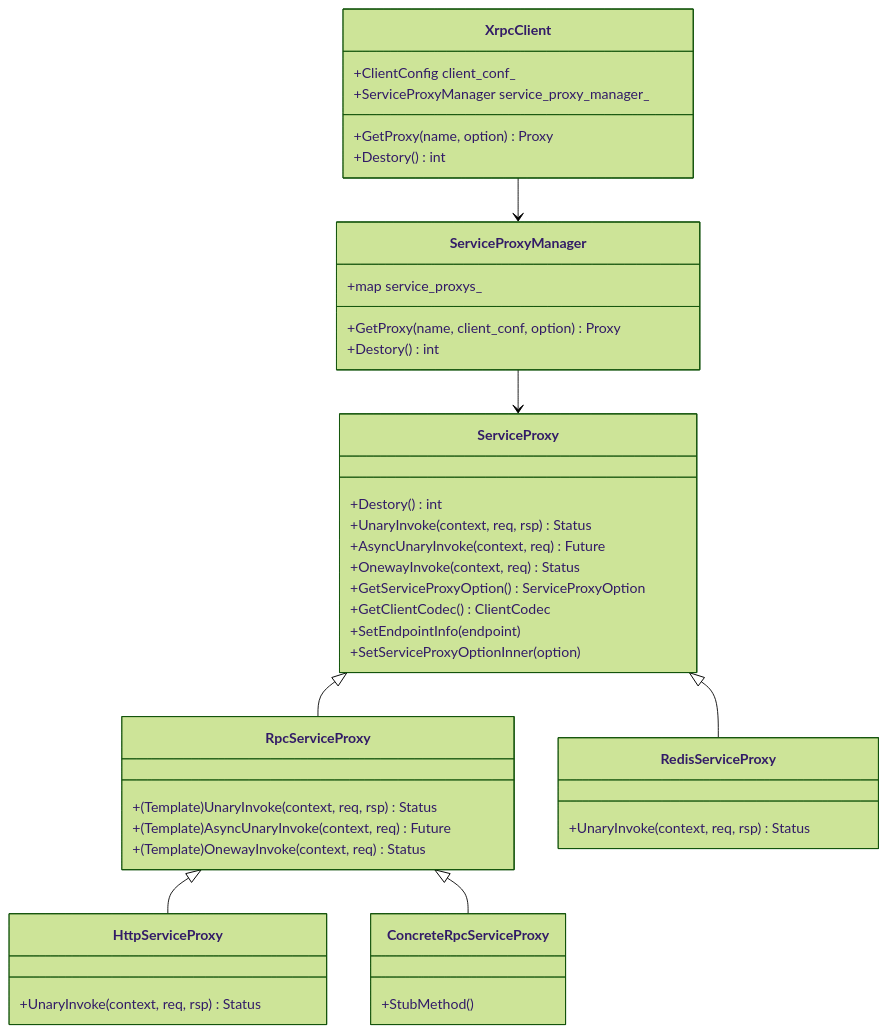
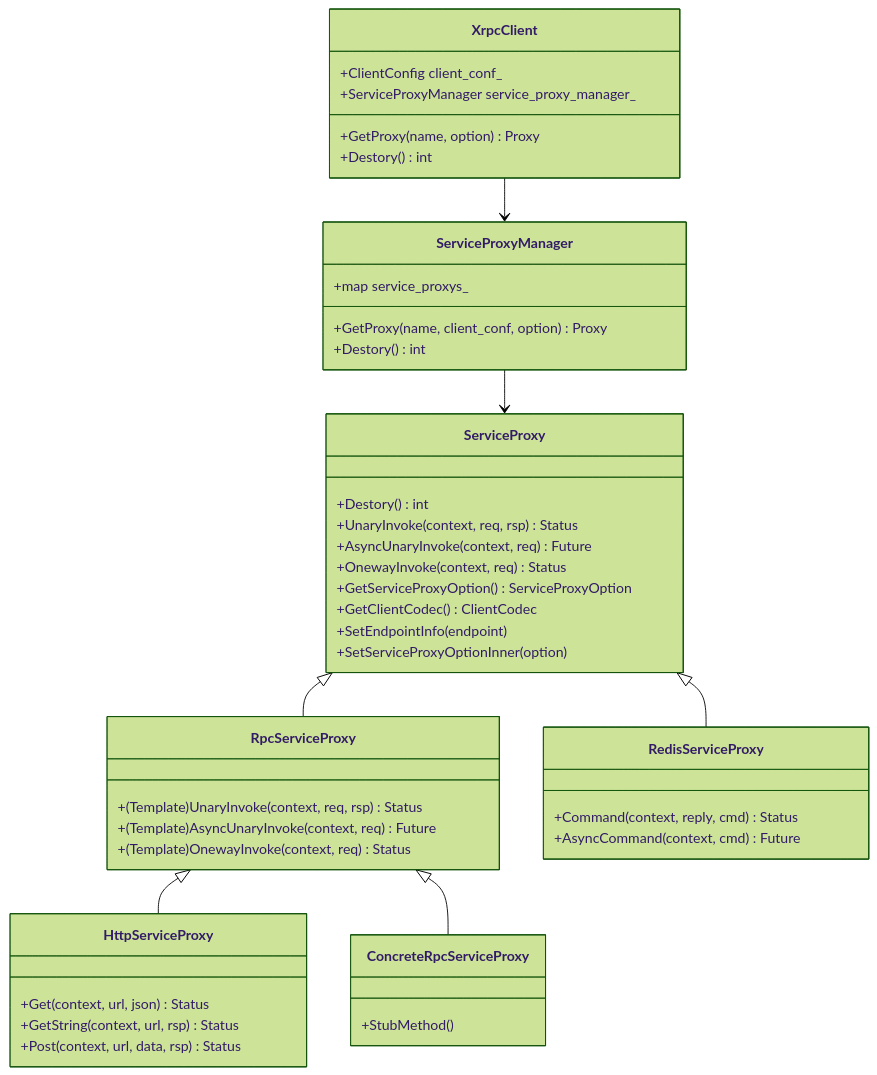
One commit to lsj9383/blog changed the diagram in posts/xrpc/xrpc-client/readme.md. Above: the diagram before and after it, drawn with Mermaid (forest theme). The commit also changed other lines of this file, not shown here.

````diff
--- a/posts/xrpc/xrpc-client/readme.md
+++ b/posts/xrpc/xrpc-client/readme.md
@@ -31,52 +32,55 @@
 ```mermaid
 classDiagram
 
 XrpcClient --> ServiceProxyManager
 ServiceProxyManager --> ServiceProxy
 ServiceProxy <|-- RpcServiceProxy
 ServiceProxy <|-- RedisServiceProxy
 RpcServiceProxy <|-- HttpServiceProxy
 RpcServiceProxy <|-- ConcreteRpcServiceProxy
 
 class XrpcClient {
   +ClientConfig client_conf_
   +ServiceProxyManager service_proxy_manager_
   +GetProxy(name, option) Proxy
   +Destory() int
 }
 
 class ServiceProxyManager {
   +map<string, ServiceProxy> service_proxys_
   +GetProxy(name, client_conf, option) Proxy
   +Destory() int
 }
 
 class ServiceProxy {
   +Destory() int
   +UnaryInvoke(context, req, rsp) Status
   +AsyncUnaryInvoke(context, req) Future
   +OnewayInvoke(context, req) Status
   +GetServiceProxyOption() ServiceProxyOption
   +GetClientCodec() ClientCodec
   +SetEndpointInfo(endpoint)
   +SetServiceProxyOptionInner(option)
 }
 
 class RpcServiceProxy {
   +(Template)UnaryInvoke(context, req, rsp) Status
   +(Template)AsyncUnaryInvoke(context, req) Future
   +(Template)OnewayInvoke(context, req) Status
 }
 
 class ConcreteRpcServiceProxy {
   +StubMethod()
 }
 
 class HttpServiceProxy {
-  +UnaryInvoke(context, req, rsp) Status
+  +Get(context, url, json) Status
+  +GetString(context, url, rsp) Status
+  +Post(context, url, data, rsp) Status
 }
 
 class RedisServiceProxy {
-  +UnaryInvoke(context, req, rsp) Status
+  +Command(context, reply, cmd) Status
+  +AsyncCommand(context, cmd) Future
 }
 ```
````
